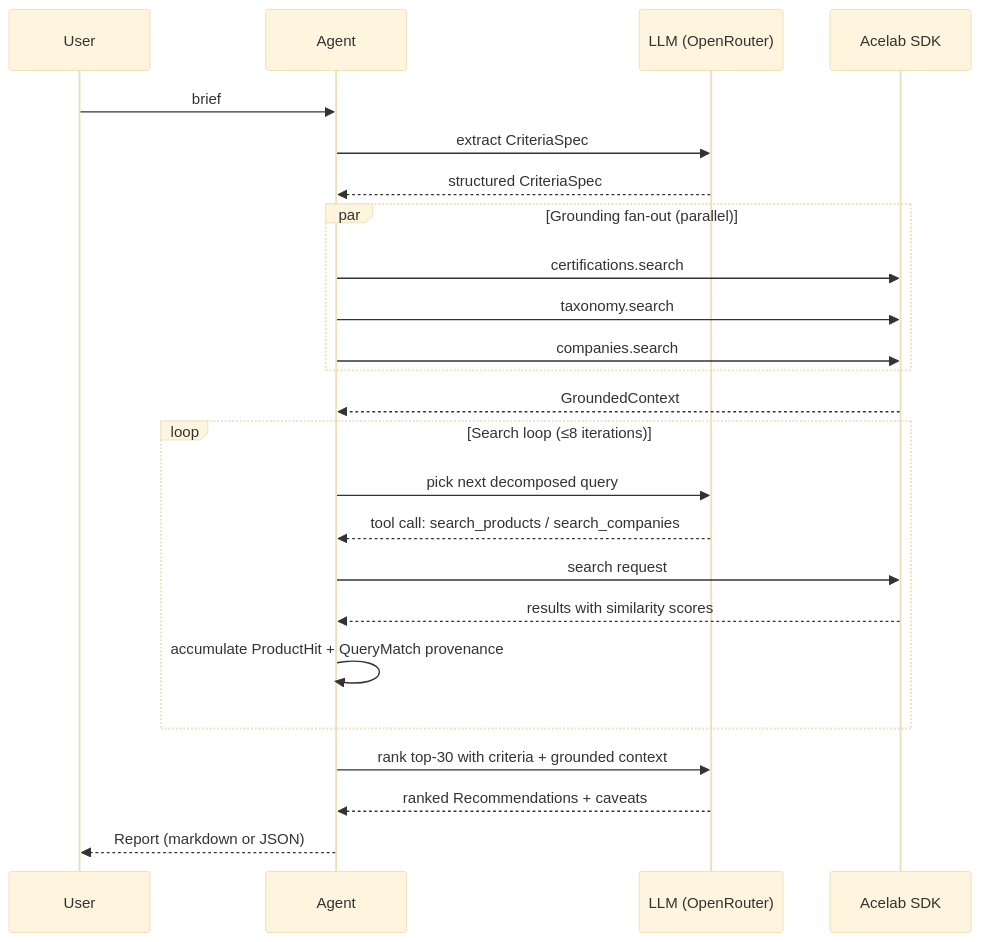
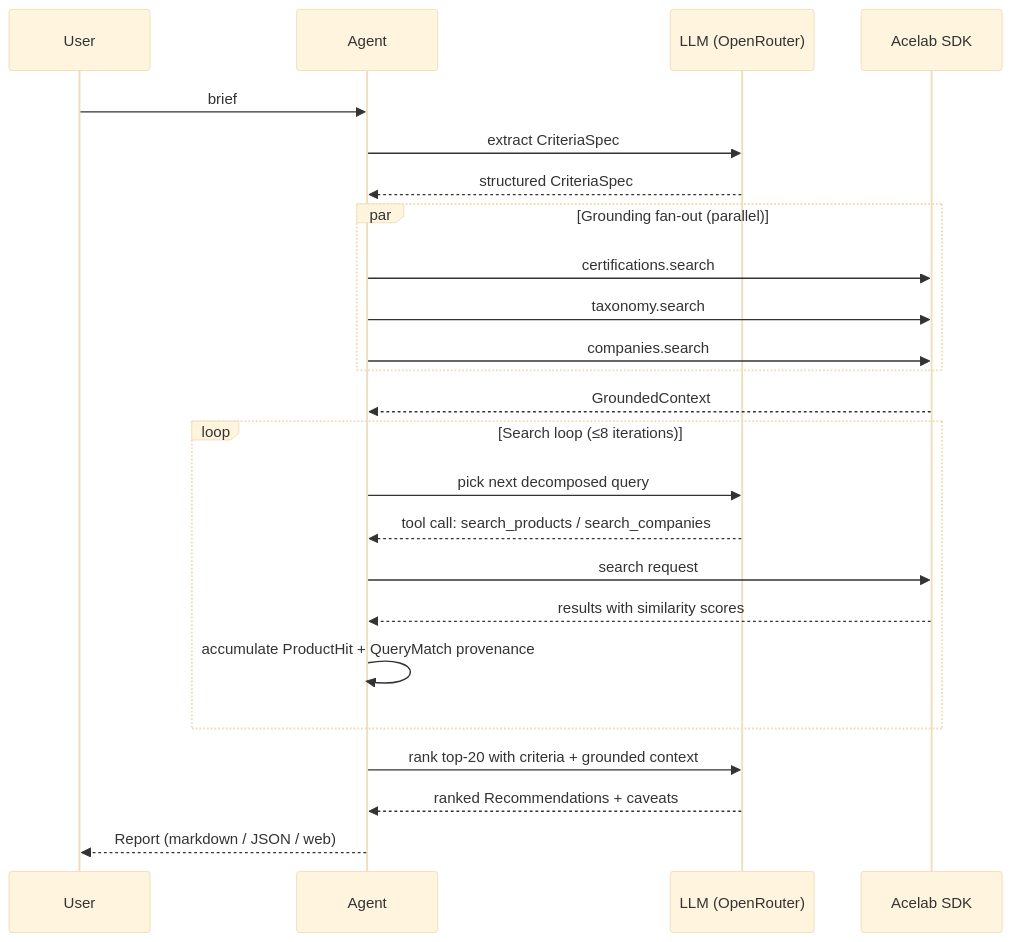
Before and after one commit to sungjunleeee/acelab-technical-challenge: the second of 2 diagrams in README.md, drawn with Mermaid (base theme). The commit also changed other lines of this file, not shown here.

````diff
--- a/README.md
+++ b/README.md
@@ -166,27 +160,27 @@
 ```mermaid
 sequenceDiagram
     participant U as User
     participant A as Agent
     participant L as LLM (OpenRouter)
     participant S as Acelab SDK
 
     U->>A: brief
     A->>L: extract CriteriaSpec
     L-->>A: structured CriteriaSpec
     par Grounding fan-out (parallel)
         A->>S: certifications.search
         A->>S: taxonomy.search
         A->>S: companies.search
     end
     S-->>A: GroundedContext
     loop Search loop (≤8 iterations)
         A->>L: pick next decomposed query
         L-->>A: tool call: search_products / search_companies
         A->>S: search request
         S-->>A: results with similarity scores
         A->>A: accumulate ProductHit + QueryMatch provenance
     end
-    A->>L: rank top-30 with criteria + grounded context
+    A->>L: rank top-20 with criteria + grounded context
     L-->>A: ranked Recommendations + caveats
-    A-->>U: Report (markdown or JSON)
+    A-->>U: Report (markdown / JSON / web)
 ```
````
